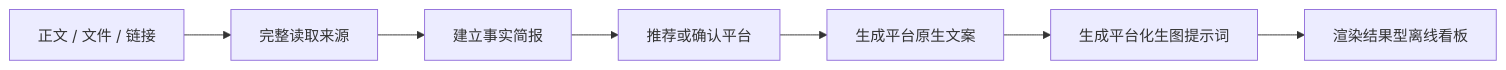
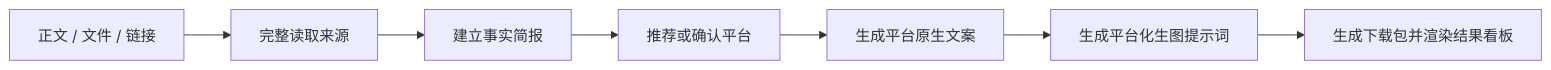
One commit to halexzd686-cloud/Platform-Connect changed the diagram in README.md. Above: the diagram before and after it, drawn with Mermaid. The commit also changed other lines of this file and 14 other files, not shown here.

````diff
--- a/README.md
+++ b/README.md
@@ -113,9 +120,9 @@
 ```mermaid
 flowchart LR
     A["正文 / 文件 / 链接"] --> B["完整读取来源"]
     B --> C["建立事实简报"]
     C --> D["推荐或确认平台"]
     D --> E["生成平台原生文案"]
     E --> F["生成平台化生图提示词"]
-    F --> G["渲染结果型离线看板"]
+    F --> G["生成下载包并渲染结果看板"]
 ```
````
